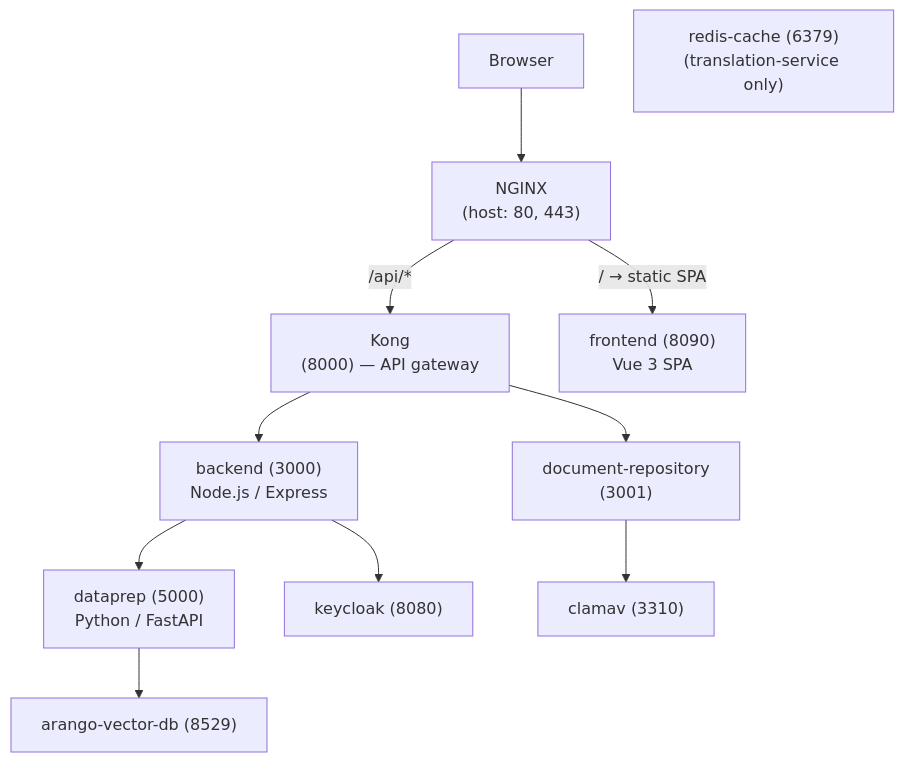
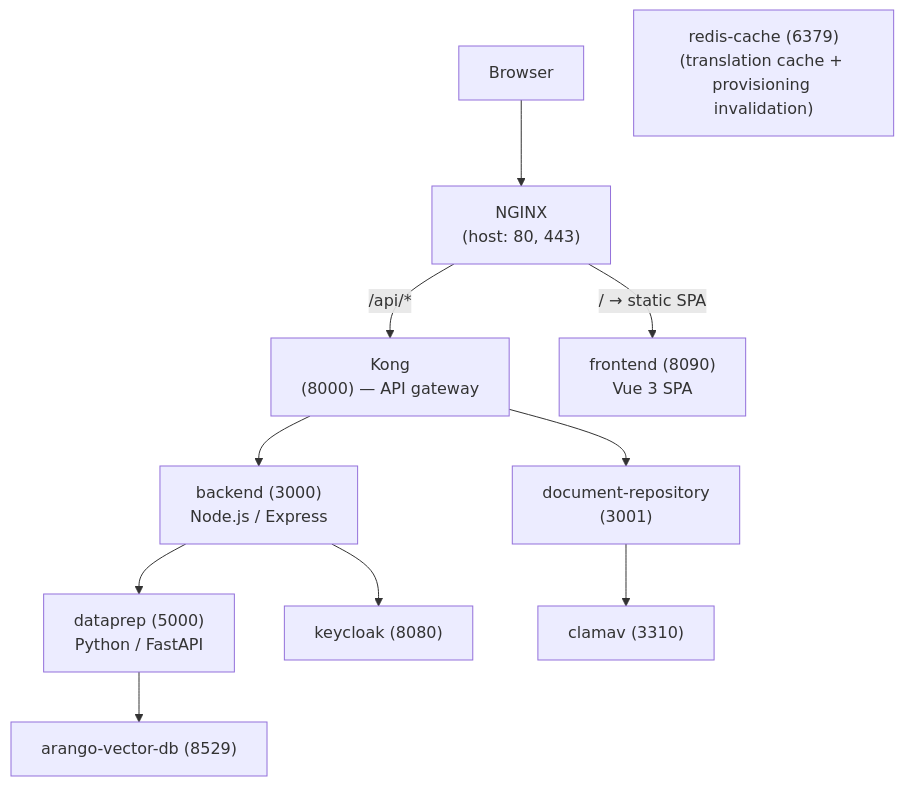
One commit to jrevillard/genie-ai-replica changed the diagram in site/content/en/docs/get-started/quickstart-developer.md. Above: the diagram before and after it, drawn with Mermaid. The commit also changed 10 other files, not shown here.

````diff
--- a/site/content/en/docs/get-started/quickstart-developer.md
+++ b/site/content/en/docs/get-started/quickstart-developer.md
@@ -50,24 +50,24 @@
 ```mermaid
 flowchart TB
     Browser["Browser"]
     Nginx["NGINX<br/>(host: 80, 443)"]
     Kong["Kong<br/>(8000) — API gateway"]
     Backend["backend (3000)<br/>Node.js / Express"]
     Frontend["frontend (8090)<br/>Vue 3 SPA"]
     DocRepo["document-repository<br/>(3001)"]
     Dataprep["dataprep (5000)<br/>Python / FastAPI"]
     Arango["arango-vector-db (8529)"]
-    Redis["redis-cache (6379)<br/>(translation-service only)"]
+    Redis["redis-cache (6379)<br/>(translation cache + provisioning invalidation)"]
     Keycloak["keycloak (8080)"]
     ClamAV["clamav (3310)"]
 
     Browser --> Nginx
     Nginx -- "/ → static SPA" --> Frontend
     Nginx -- "/api/*" --> Kong
     Kong --> Backend
     Kong --> DocRepo
     Backend --> Dataprep
     Dataprep --> Arango
     Backend --> Keycloak
     DocRepo --> ClamAV
 ```
````
